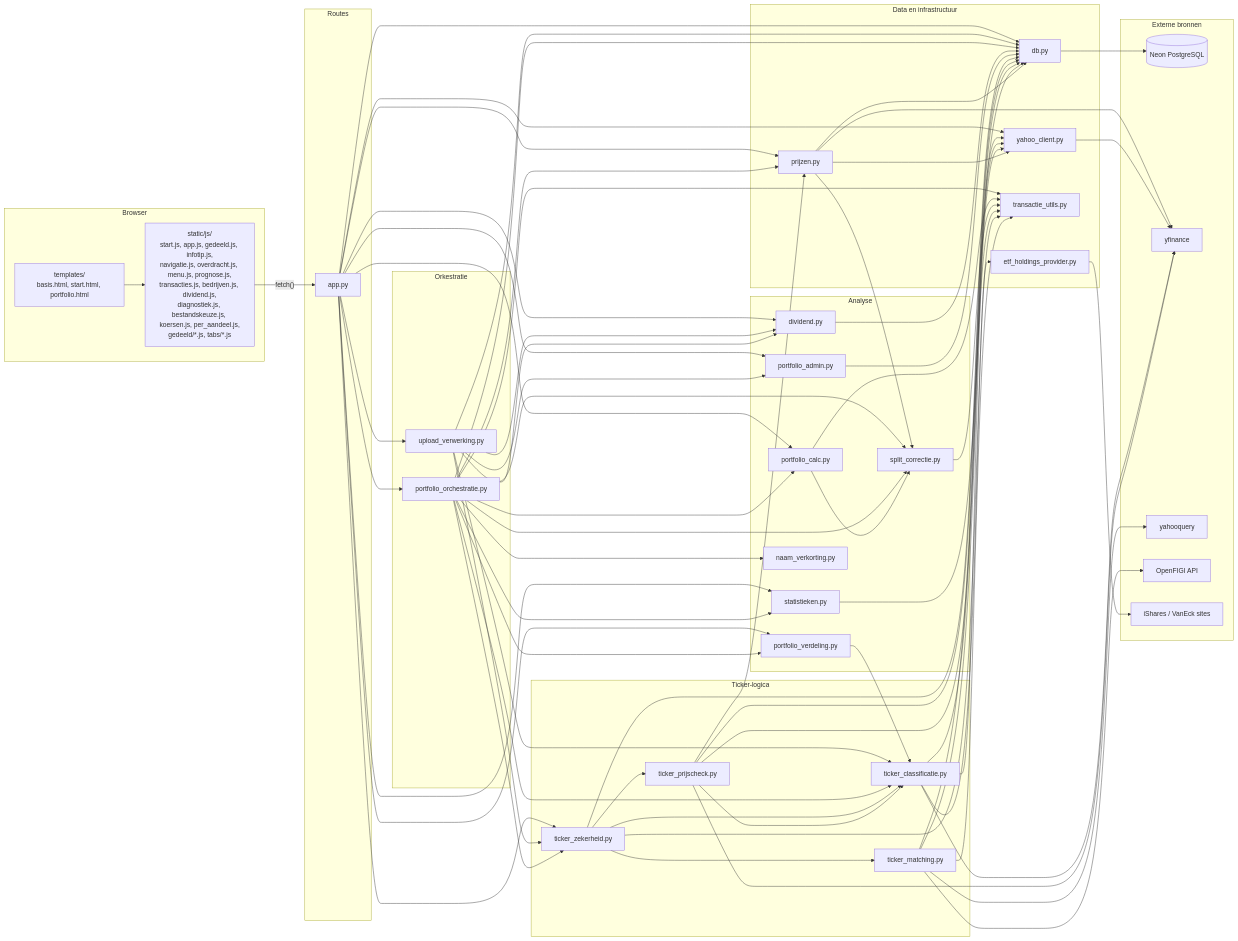
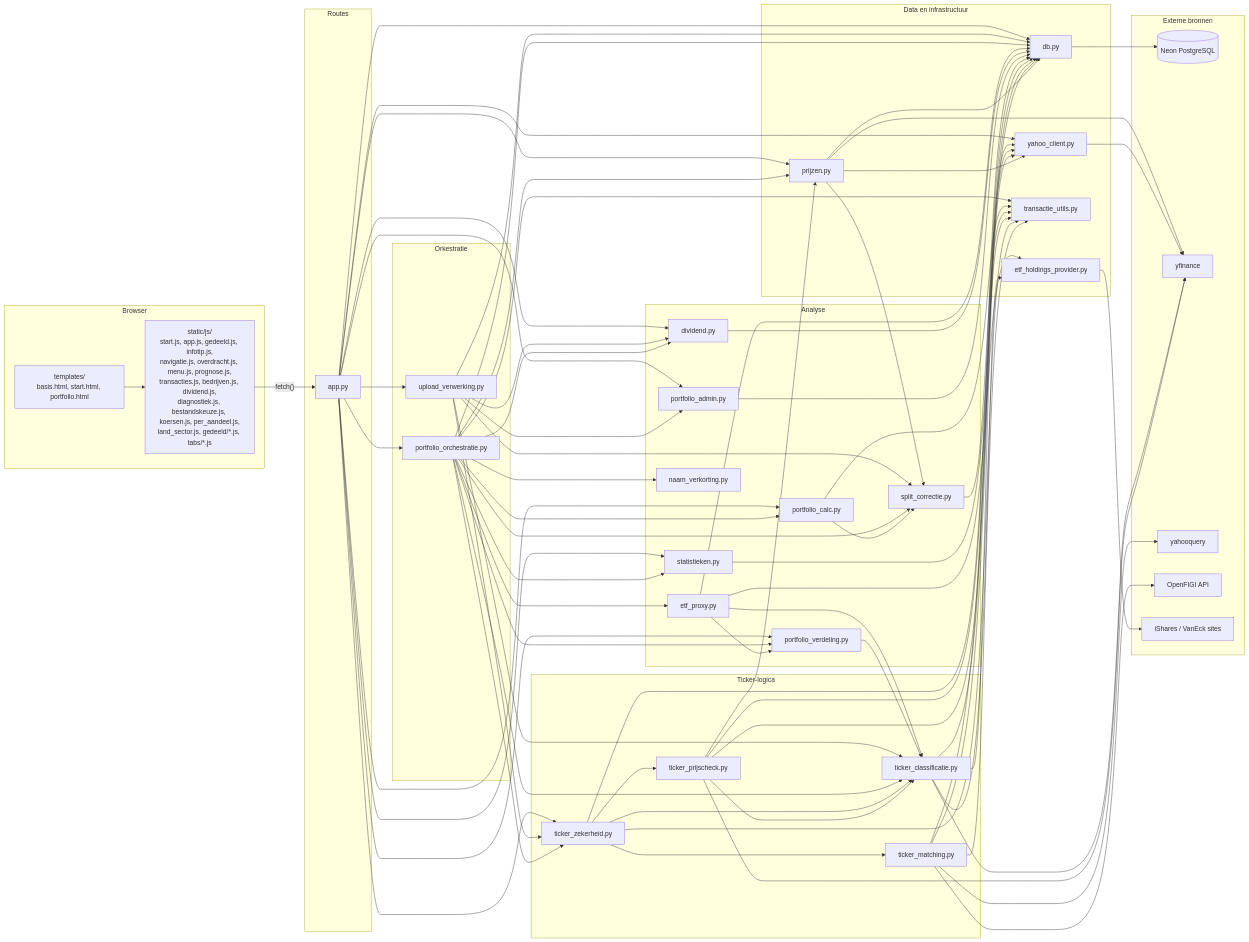
Before and after one commit to lobkest/portfolioTracker: the first of 2 diagrams in docs/CODE_OVERZICHT.md, drawn with Mermaid. The commit also changed other lines of this file and 1 other file, not shown here.

```diff
--- a/docs/CODE_OVERZICHT.md
+++ b/docs/CODE_OVERZICHT.md
@@ -63,7 +64,7 @@
 flowchart LR
     subgraph FE["Browser"]
         HTML["templates/<br/>basis.html, start.html, portfolio.html"]
-        JS["static/js/<br/>start.js, app.js, gedeeld.js, infotip.js,<br/>navigatie.js, overdracht.js, menu.js, prognose.js,<br/>transacties.js, bedrijven.js, dividend.js,<br/>diagnostiek.js, bestandskeuze.js, koersen.js, per_aandeel.js,<br/>gedeeld/*.js, tabs/*.js"]
+        JS["static/js/<br/>start.js, app.js, gedeeld.js, infotip.js,<br/>navigatie.js, overdracht.js, menu.js, prognose.js,<br/>transacties.js, bedrijven.js, dividend.js,<br/>diagnostiek.js, bestandskeuze.js, koersen.js, per_aandeel.js,<br/>land_sector.js, gedeeld/*.js, tabs/*.js"]
     end
 
     subgraph ROUTES["Routes"]
@@ -83,6 +84,7 @@
         ADM["portfolio_admin.py"]
         SPLIT["split_correctie.py"]
         NAAM["naam_verkorting.py"]
+        PROXY["etf_proxy.py"]
     end
 
     subgraph TICK["Ticker-logica"]
@@ -139,8 +141,14 @@
     ORC --> PRIJ
     ORC --> SPLIT
     ORC --> NAAM
+    ORC --> PROXY
     ORC --> UTIL
     ORC --> DB
+
+    PROXY --> VERD
+    PROXY --> CLASS
+    PROXY --> ETFP
+    PROXY --> DB
 
     CALC --> SPLIT
     CALC --> UTIL
```
